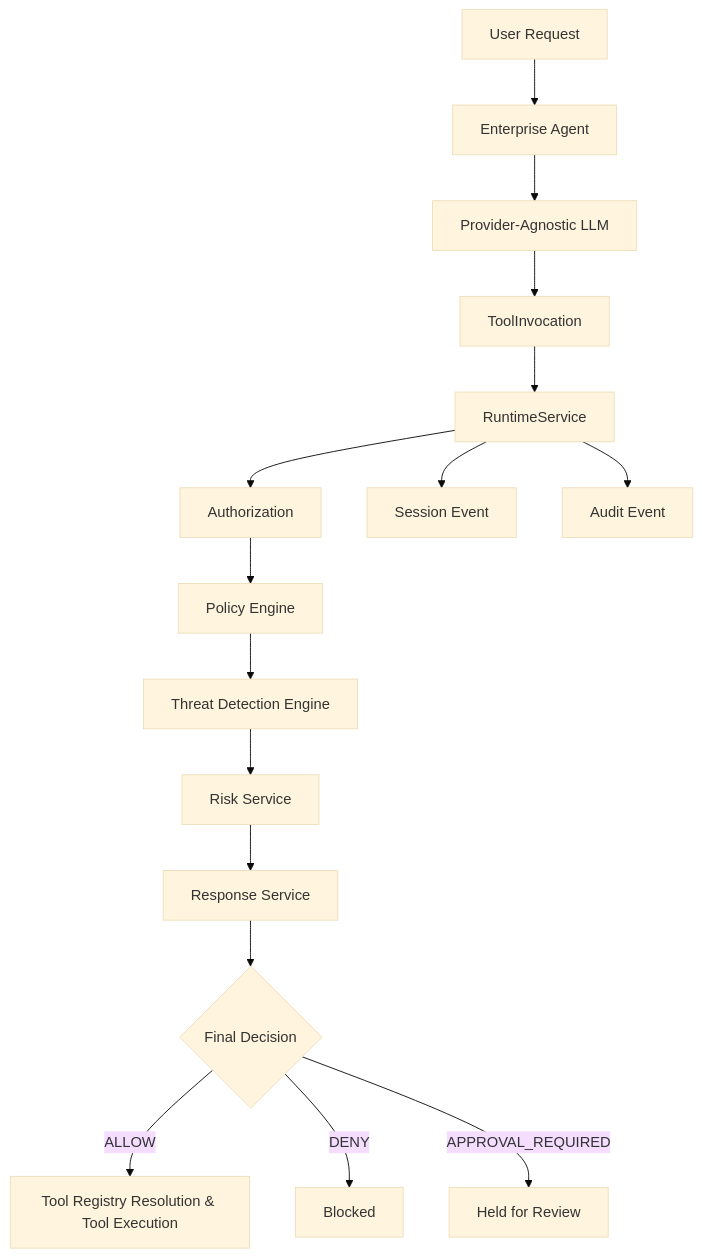
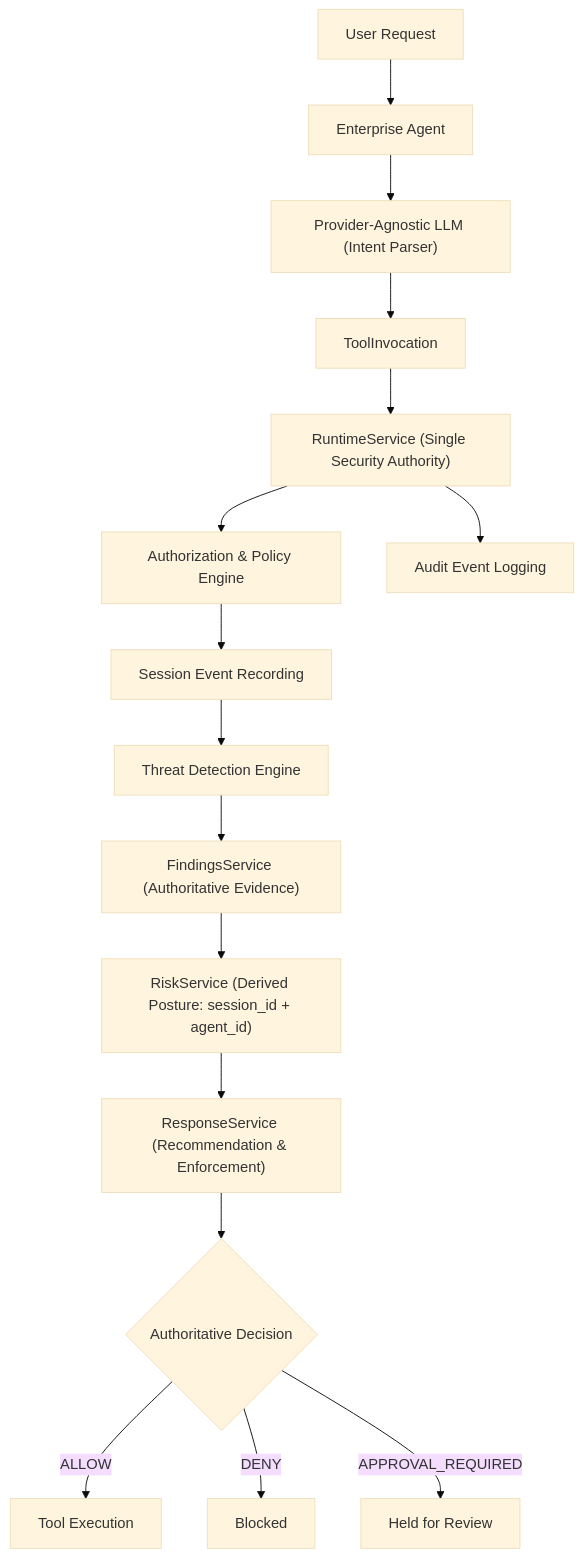
Before and after one commit to mathurshubh/enterprise-agent-security-platform: the diagram in README.md, drawn with Mermaid (base theme). The commit also changed other lines of this file and 6 other files, not shown here.

Commit message:
docs: synchronize platform documentation and roadmap (#87)

````diff
--- a/README.md
+++ b/README.md
@@ -39,18 +43,18 @@
 ```mermaid
 flowchart TD
     A["User Request"] --> B["Enterprise Agent"]
-    B --> C["Provider-Agnostic LLM"]
+    B --> C["Provider-Agnostic LLM (Intent Parser)"]
     C --> D["ToolInvocation"]
-    D --> E["RuntimeService"]
-    E --> F["Authorization"]
-    F --> G["Policy Engine"]
+    D --> E["RuntimeService (Single Security Authority)"]
+    E --> F["Authorization & Policy Engine"]
+    F --> G["Session Event Recording"]
     G --> H["Threat Detection Engine"]
-    H --> I["Risk Service"]
-    I --> J["Response Service"]
-    J --> K{"Final Decision"}
-    K -->|ALLOW| L["Tool Registry Resolution & Tool Execution"]
-    K -->|DENY| M["Blocked"]
-    K -->|APPROVAL_REQUIRED| N["Held for Review"]
-    E --> O["Session Event"]
-    E --> P["Audit Event"]
+    H --> I["FindingsService (Authoritative Evidence)"]
+    I --> J["RiskService (Derived Posture: session_id + agent_id)"]
+    J --> K["ResponseService (Recommendation & Enforcement)"]
+    K --> L{"Authoritative Decision"}
+    L -->|ALLOW| M["Tool Execution"]
+    L -->|DENY| N["Blocked"]
+    L -->|APPROVAL_REQUIRED| O["Held for Review"]
+    E --> P["Audit Event Logging"]
 ```
````
